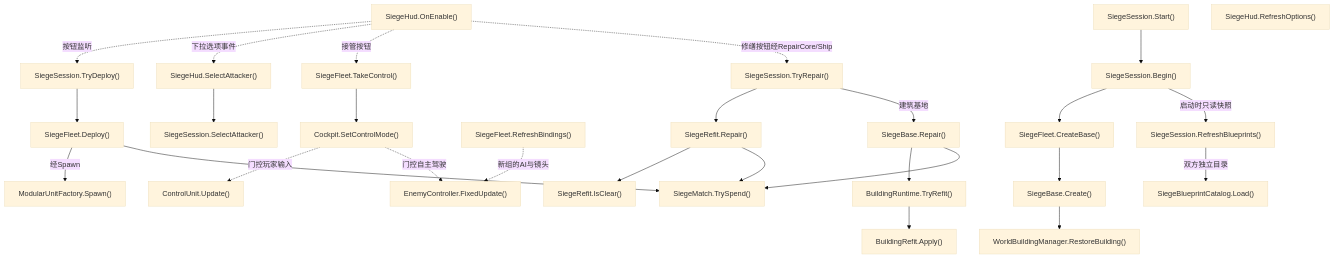
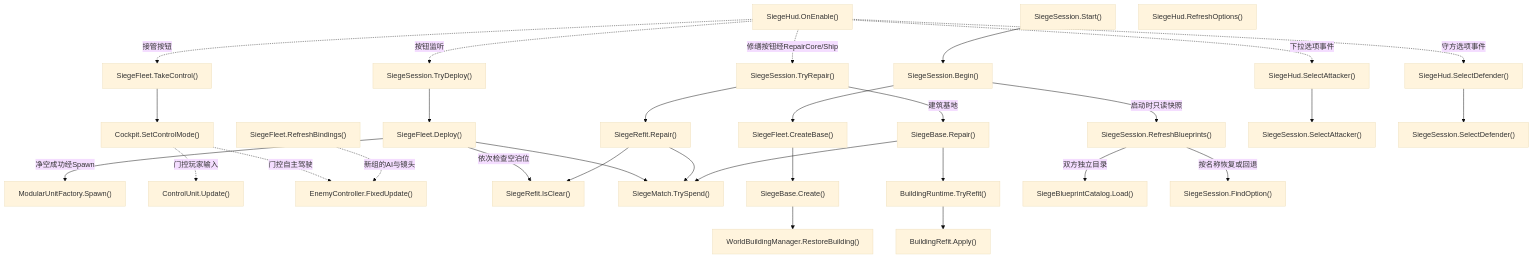
One commit to kukudia/HY-Sandbox changed diagram 33 of 41 in Docs/RuntimeFlow.md. Above: the diagram before and after it, drawn with Mermaid (base theme). The commit also changed other lines of this file and 11 other files, not shown here.

````diff
--- a/Docs/RuntimeFlow.md
+++ b/Docs/RuntimeFlow.md
@@ -3034,19 +3034,19 @@
 ```mermaid
 flowchart TD
     A["SiegeSession.Start()"]
-    click A "../Assets/Scripts/Features/Siege/SiegeSession.cs#L125" "打开源码"
+    click A "../Assets/Scripts/Features/Siege/SiegeSession.cs#L153" "打开源码"
     B["SiegeSession.Begin()"]
-    click B "../Assets/Scripts/Features/Siege/SiegeSession.cs#L135" "打开源码"
+    click B "../Assets/Scripts/Features/Siege/SiegeSession.cs#L163" "打开源码"
     C["SiegeFleet.CreateBase()"]
     click C "../Assets/Scripts/Features/Siege/SiegeFleet.cs#L30" "打开源码"
     D["SiegeSession.TryDeploy()"]
-    click D "../Assets/Scripts/Features/Siege/SiegeSession.cs#L183" "打开源码"
+    click D "../Assets/Scripts/Features/Siege/SiegeSession.cs#L211" "打开源码"
     E["SiegeFleet.Deploy()"]
     click E "../Assets/Scripts/Features/Siege/SiegeFleet.cs#L37" "打开源码"
     F["ModularUnitFactory.Spawn()"]
     click F "../Assets/Scripts/Features/Simulation/ModularUnitFactory.cs#L41" "打开源码"
     G["SiegeFleet.TakeControl()"]
-    click G "../Assets/Scripts/Features/Siege/SiegeFleet.cs#L84" "打开源码"
+    click G "../Assets/Scripts/Features/Siege/SiegeFleet.cs#L104" "打开源码"
     H["Cockpit.SetControlMode()"]
     click H "../Assets/Scripts/Features/Simulation/Cockpit.cs#L20" "打开源码"
     I["ControlUnit.Update()"]
@@ -3054,9 +3054,9 @@
     J["EnemyController.FixedUpdate()"]
     click J "../Assets/Scripts/Features/Combat/EnemyController.cs#L40" "打开源码"
     K["SiegeFleet.RefreshBindings()"]
-    click K "../Assets/Scripts/Features/Siege/SiegeFleet.cs#L193" "打开源码"
+    click K "../Assets/Scripts/Features/Siege/SiegeFleet.cs#L213" "打开源码"
     L["SiegeSession.TryRepair()"]
-    click L "../Assets/Scripts/Features/Siege/SiegeSession.cs#L196" "打开源码"
+    click L "../Assets/Scripts/Features/Siege/SiegeSession.cs#L224" "打开源码"
     M["SiegeRefit.Repair()"]
     click M "../Assets/Scripts/Features/Siege/SiegeRefit.cs#L115" "打开源码"
     N["SiegeRefit.IsClear()"]
@@ -3076,15 +3076,21 @@
     U["BuildingRefit.Apply()"]
     click U "../Assets/Scripts/Features/World/BuildingRefit.cs#L9" "打开源码"
     V["SiegeSession.RefreshBlueprints()"]
-    click V "../Assets/Scripts/Features/Siege/SiegeSession.cs#L73" "打开源码"
+    click V "../Assets/Scripts/Features/Siege/SiegeSession.cs#L82" "打开源码"
     W["SiegeBlueprintCatalog.Load()"]
     click W "../Assets/Scripts/Features/Siege/SiegeBlueprintCatalog.cs#L10" "打开源码"
     X["SiegeHud.RefreshOptions()"]
-    click X "../Assets/Scripts/Features/Siege/SiegeHud.cs#L165" "打开源码"
+    click X "../Assets/Scripts/Features/Siege/SiegeHud.cs#L167" "打开源码"
     Y["SiegeHud.SelectAttacker()"]
-    click Y "../Assets/Scripts/Features/Siege/SiegeHud.cs#L201" "打开源码"
+    click Y "../Assets/Scripts/Features/Siege/SiegeHud.cs#L204" "打开源码"
     Z["SiegeSession.SelectAttacker()"]
-    click Z "../Assets/Scripts/Features/Siege/SiegeSession.cs#L65" "打开源码"
+    click Z "../Assets/Scripts/Features/Siege/SiegeSession.cs#L66" "打开源码"
+    AA["SiegeHud.SelectDefender()"]
+    click AA "../Assets/Scripts/Features/Siege/SiegeHud.cs#L209" "打开源码"
+    AB["SiegeSession.SelectDefender()"]
+    click AB "../Assets/Scripts/Features/Siege/SiegeSession.cs#L74" "打开源码"
+    AC["SiegeSession.FindOption()"]
+    click AC "../Assets/Scripts/Features/Siege/SiegeSession.cs#L116" "打开源码"
     A --> B
     B --> C
     C --> Q
@@ -3095,7 +3101,11 @@
     V -->|双方独立目录| W
     P -.->|下拉选项事件| Y
     Y --> Z
-    E -->|经Spawn| F
+    P -.->|守方选项事件| AA
+    AA --> AB
+    V -->|按名称恢复或回退| AC
+    E -->|依次检查空泊位| N
+    E -->|净空成功经Spawn| F
     E --> O
     P -.->|接管按钮| G
     G --> H
````
